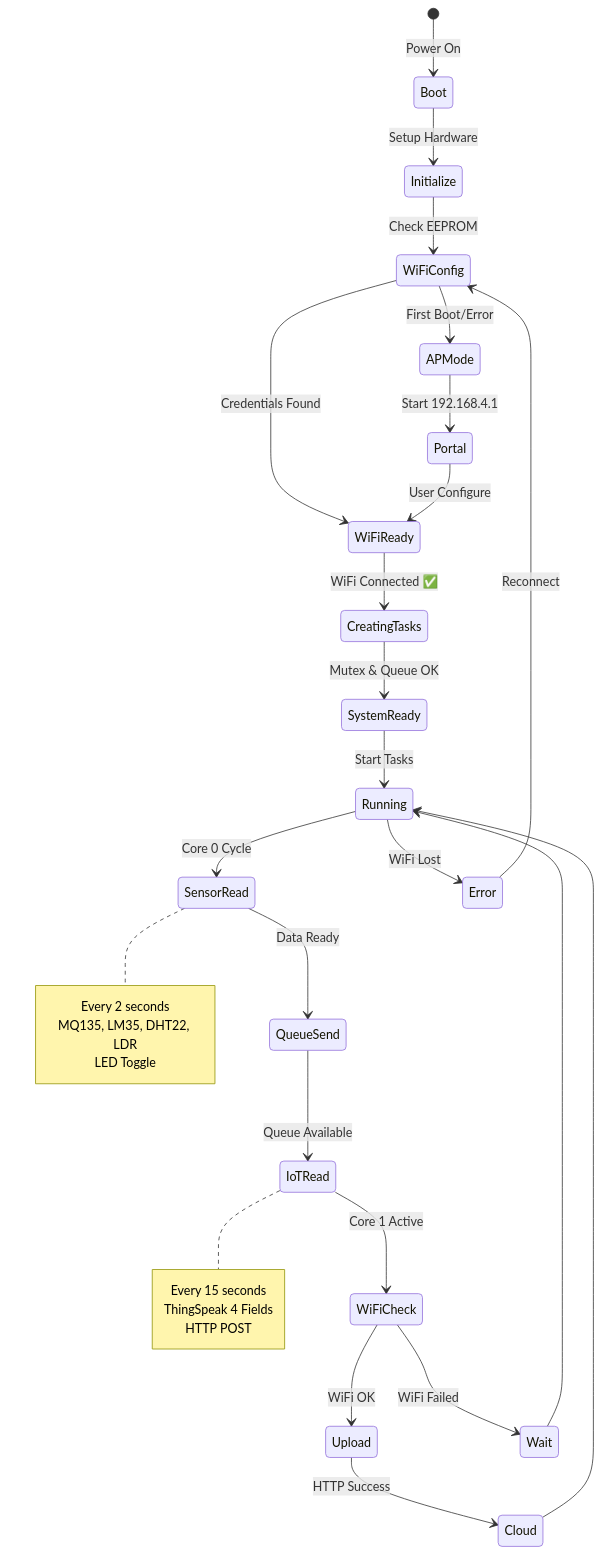
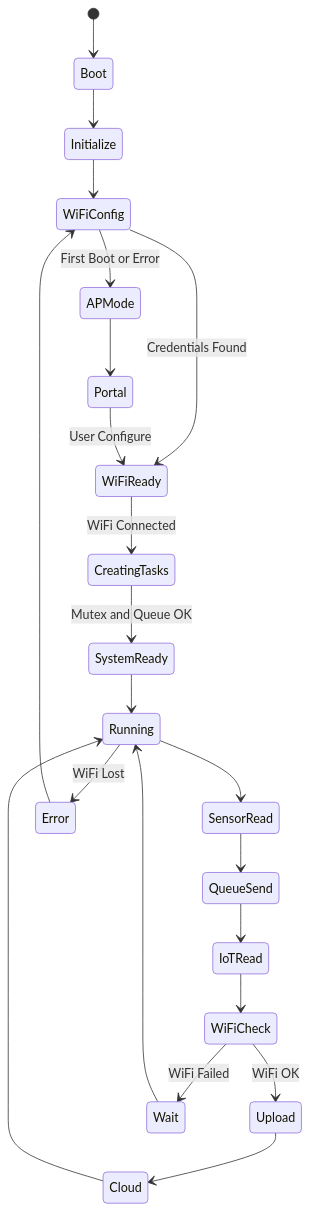
One commit to ficrammanifur/ESP32-RTOS-Environmental-Monitor changed the tenth of 25 diagrams in README.md. Above: the diagram before and after it, drawn with Mermaid. The commit also changed other lines of this file, not shown here.

````diff
--- a/README.md
+++ b/README.md
@@ -502,44 +502,32 @@
 ```mermaid
 stateDiagram-v2
-    [*] --> Boot: Power On
-    Boot --> Initialize: Setup Hardware
-    Initialize --> WiFiConfig: Check EEPROM
+    [*] --> Boot
+    Boot --> Initialize
+    Initialize --> WiFiConfig
     
     WiFiConfig --> WiFiReady: Credentials Found
-    WiFiConfig --> APMode: First Boot/Error
+    WiFiConfig --> APMode: First Boot or Error
     
-    APMode --> Portal: Start 192.168.4.1
+    APMode --> Portal
     Portal --> WiFiReady: User Configure
     
-    WiFiReady --> CreatingTasks: WiFi Connected ✅
-    CreatingTasks --> SystemReady: Mutex & Queue OK
+    WiFiReady --> CreatingTasks: WiFi Connected
+    CreatingTasks --> SystemReady: Mutex and Queue OK
     
-    SystemReady --> Running: Start Tasks
+    SystemReady --> Running
     
-    Running --> SensorRead: Core 0 Cycle
-    SensorRead --> QueueSend: Data Ready
-    QueueSend --> IoTRead: Queue Available
+    Running --> SensorRead
+    SensorRead --> QueueSend
+    QueueSend --> IoTRead
     
-    IoTRead --> WiFiCheck: Core 1 Active
+    IoTRead --> WiFiCheck
     WiFiCheck --> Upload: WiFi OK
     WiFiCheck --> Wait: WiFi Failed
     
-    Upload --> Cloud: HTTP Success
+    Upload --> Cloud
     Cloud --> Running
     Wait --> Running
     
     Running --> Error: WiFi Lost
-    Error --> WiFiConfig: Reconnect
-    
-    note right of SensorRead
-        Every 2 seconds
-        MQ135, LM35, DHT22, LDR
-        LED Toggle
-    end note
-    
-    note right of IoTRead
-        Every 15 seconds
-        ThingSpeak 4 Fields
-        HTTP POST
-    end note
+    Error --> WiFiConfig
 ```
````
